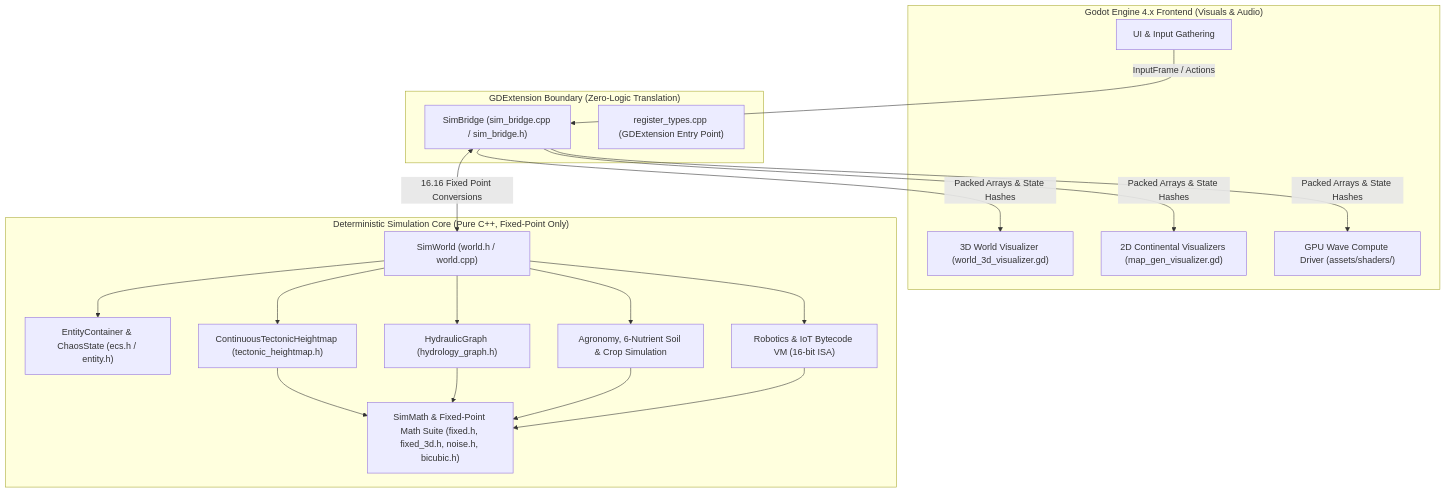
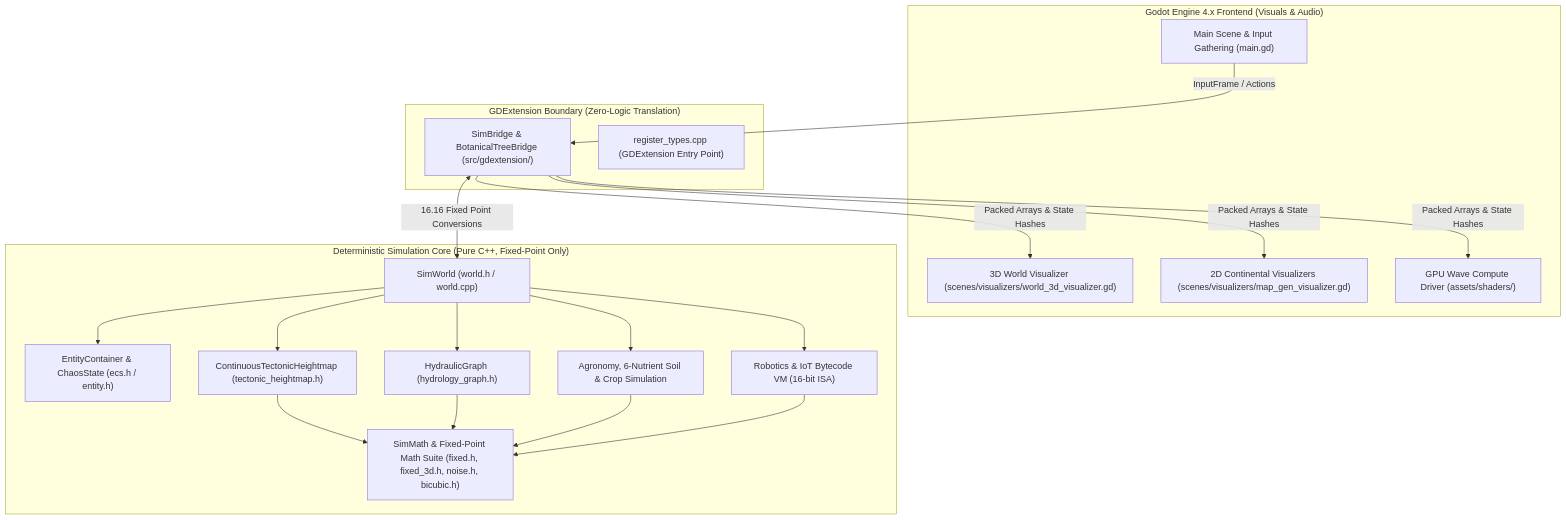
Before and after one commit to aaaaaakonma/Exofarm: the diagram in docs/README.md, drawn with Mermaid. The commit also changed other lines of this file and 343 other files, not shown here.

````diff
--- a/docs/README.md
+++ b/docs/README.md
@@ -28,30 +29,30 @@
 ```mermaid
 flowchart TD
     subgraph Frontend["Godot Engine 4.x Frontend (Visuals & Audio)"]
-        UI["UI & Input Gathering"]
-        VIS3D["3D World Visualizer (world_3d_visualizer.gd)"]
-        VIS2D["2D Continental Visualizers (map_gen_visualizer.gd)"]
+        UI["Main Scene & Input Gathering (main.gd)"]
+        VIS3D["3D World Visualizer (scenes/visualizers/world_3d_visualizer.gd)"]
+        VIS2D["2D Continental Visualizers (scenes/visualizers/map_gen_visualizer.gd)"]
         WAVE["GPU Wave Compute Driver (assets/shaders/)"]
     end
 
     subgraph Boundary["GDExtension Boundary (Zero-Logic Translation)"]
-        BRIDGE["SimBridge (sim_bridge.cpp / sim_bridge.h)"]
+        BRIDGE["SimBridge & BotanicalTreeBridge (src/gdextension/)"]
         REG["register_types.cpp (GDExtension Entry Point)"]
     end
 
     subgraph Core["Deterministic Simulation Core (Pure C++, Fixed-Point Only)"]
         WORLD["SimWorld (world.h / world.cpp)"]
         ECS["EntityContainer & ChaosState (ecs.h / entity.h)"]
         TECT["ContinuousTectonicHeightmap (tectonic_heightmap.h)"]
         HYDRO["HydraulicGraph (hydrology_graph.h)"]
         FARM["Agronomy, 6-Nutrient Soil & Crop Simulation"]
         BOTS["Robotics & IoT Bytecode VM (16-bit ISA)"]
         MATH["SimMath & Fixed-Point Math Suite (fixed.h, fixed_3d.h, noise.h, bicubic.h)"]
     end
 
     UI -->|InputFrame / Actions| BRIDGE
     BRIDGE -->|Packed Arrays & State Hashes| VIS3D & VIS2D & WAVE
     BRIDGE <-->|16.16 Fixed Point Conversions| WORLD
     WORLD --> ECS & TECT & HYDRO & FARM & BOTS
     TECT & HYDRO & FARM & BOTS --> MATH
 ```
````
